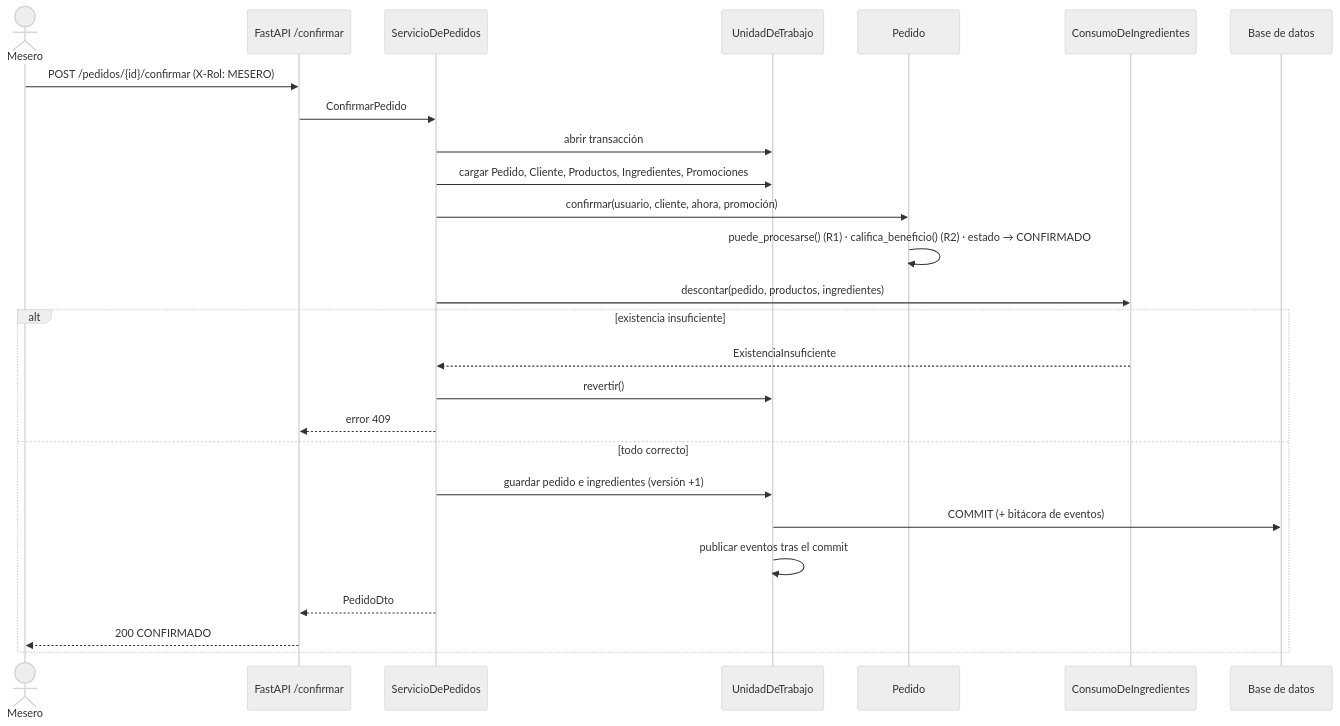
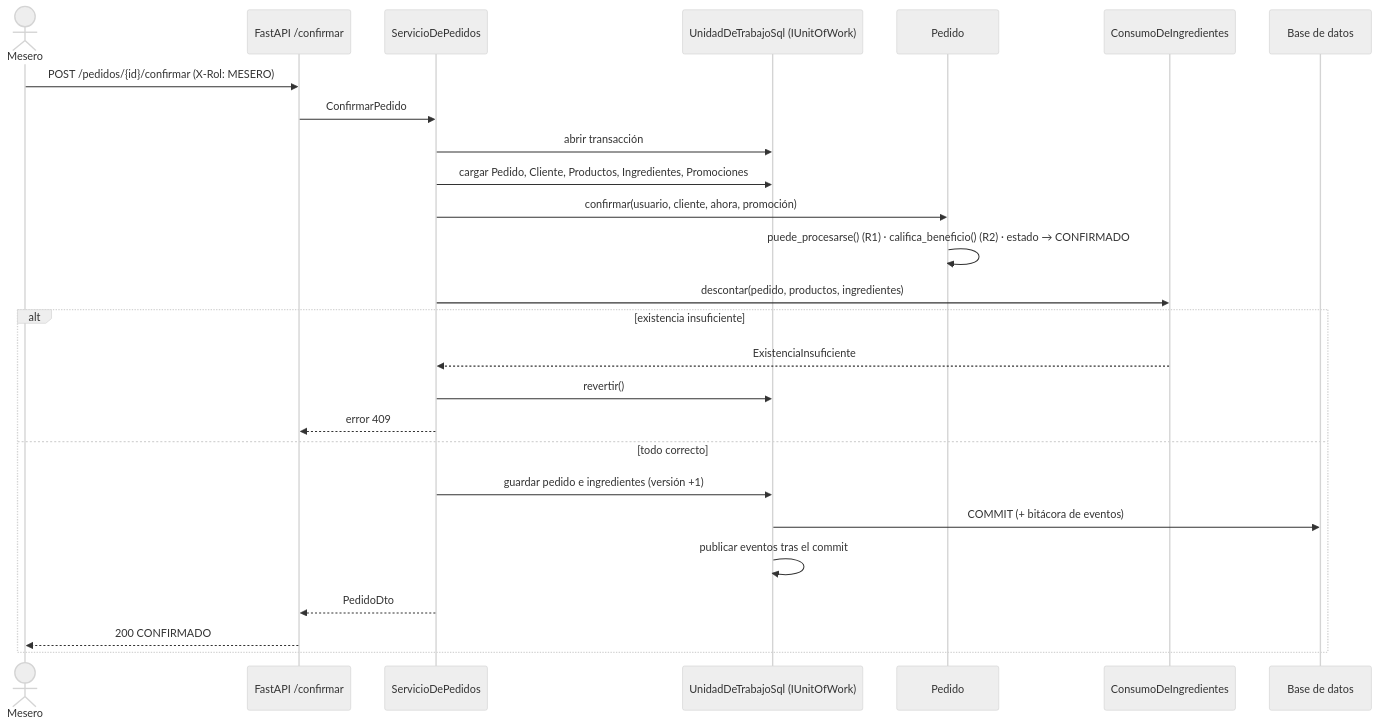
The diagram in docs/architecture/diagrams/secuencia_confirmar.mmd (Sebastian-Esp1/PIA-CLN-EQUIPO-3), drawn with Mermaid (neutral theme) before and after one commit. The commit also changed 7 other files, not shown here.

Commit message:
docs: glosario, correspondencia UML-código

```diff
--- a/docs/architecture/diagrams/secuencia_confirmar.mmd
+++ b/docs/architecture/diagrams/secuencia_confirmar.mmd
@@ -1,26 +1,26 @@
 sequenceDiagram
   actor M as Mesero
   participant API as FastAPI /confirmar
   participant S as ServicioDePedidos
-  participant UoW as UnidadDeTrabajo
+  participant UoW as UnidadDeTrabajoSql (IUnitOfWork)
   participant P as Pedido
   participant C as ConsumoDeIngredientes
   participant DB as Base de datos
   M->>API: POST /pedidos/{id}/confirmar (X-Rol: MESERO)
   API->>S: ConfirmarPedido
   S->>UoW: abrir transacción
   S->>UoW: cargar Pedido, Cliente, Productos, Ingredientes, Promociones
   S->>P: confirmar(usuario, cliente, ahora, promoción)
   P->>P: puede_procesarse() (R1) · califica_beneficio() (R2) · estado → CONFIRMADO
   S->>C: descontar(pedido, productos, ingredientes)
   alt existencia insuficiente
     C-->>S: ExistenciaInsuficiente
     S->>UoW: revertir()
     S-->>API: error 409
   else todo correcto
     S->>UoW: guardar pedido e ingredientes (versión +1)
     UoW->>DB: COMMIT (+ bitácora de eventos)
     UoW->>UoW: publicar eventos tras el commit
     S-->>API: PedidoDto
     API-->>M: 200 CONFIRMADO
   end
```
